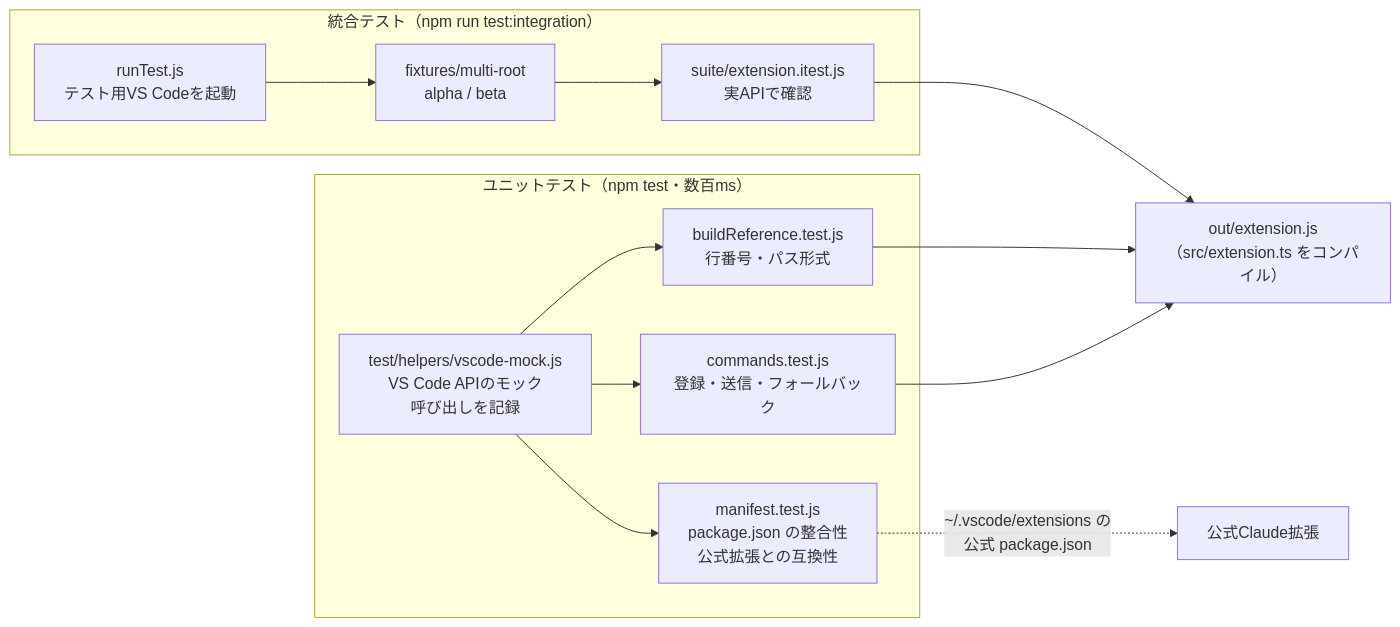
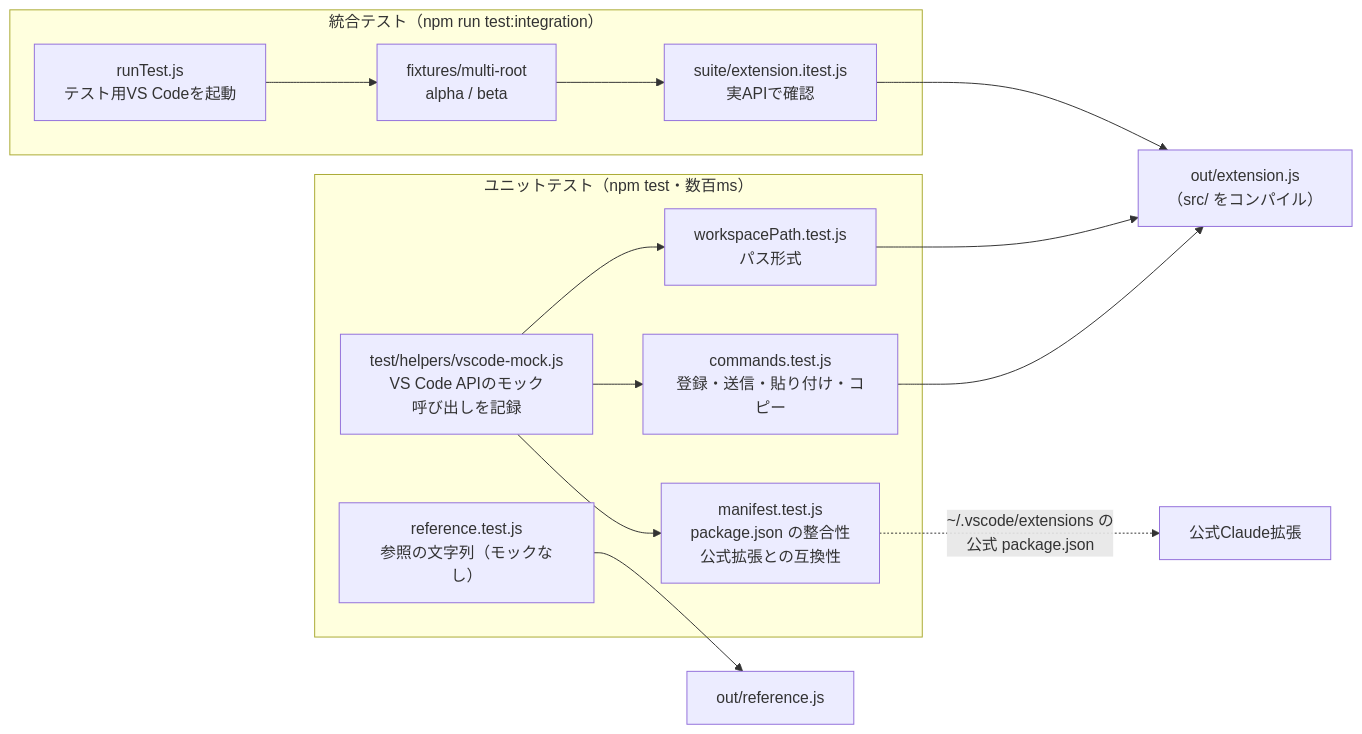
Before and after one commit to kip2/refs-to-chat: the seventh of 7 diagrams in docs/ARCHITECTURE.md, drawn with Mermaid. The commit also changed other lines of this file and 13 other files, not shown here.

````diff
--- a/docs/ARCHITECTURE.md
+++ b/docs/ARCHITECTURE.md
@@ -281,20 +298,22 @@
 ```mermaid
 flowchart LR
   subgraph Unit["ユニットテスト（npm test・数百ms）"]
     M["test/helpers/vscode-mock.js<br/>VS Code APIのモック<br/>呼び出しを記録"]
-    U1["buildReference.test.js<br/>行番号・パス形式"]
-    U2["commands.test.js<br/>登録・送信・フォールバック"]
+    U0["reference.test.js<br/>参照の文字列（モックなし）"]
+    U1["workspacePath.test.js<br/>パス形式"]
+    U2["commands.test.js<br/>登録・送信・貼り付け・コピー"]
     U3["manifest.test.js<br/>package.json の整合性<br/>公式拡張との互換性"]
     M --> U1 & U2 & U3
   end
+  U0 --> REF["out/reference.js"]
   subgraph Int["統合テスト（npm run test:integration）"]
     R["runTest.js<br/>テスト用VS Codeを起動"]
     W["fixtures/multi-root<br/>alpha / beta"]
     I["suite/extension.itest.js<br/>実APIで確認"]
     R --> W --> I
   end
-  EXT["out/extension.js<br/>（src/extension.ts をコンパイル）"]
+  EXT["out/extension.js<br/>（src/ をコンパイル）"]
   U1 & U2 --> EXT
   I --> EXT
   U3 -.->|~/.vscode/extensions の<br/>公式 package.json| CL["公式Claude拡張"]
 ```
````
